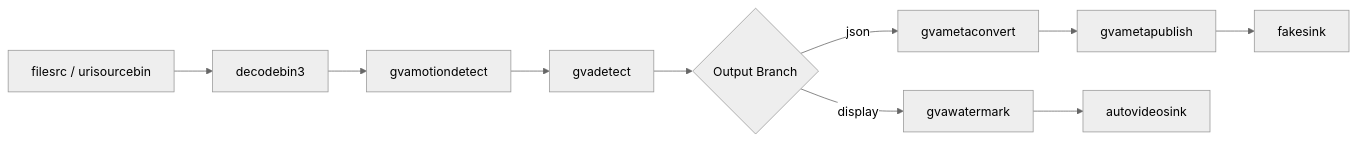
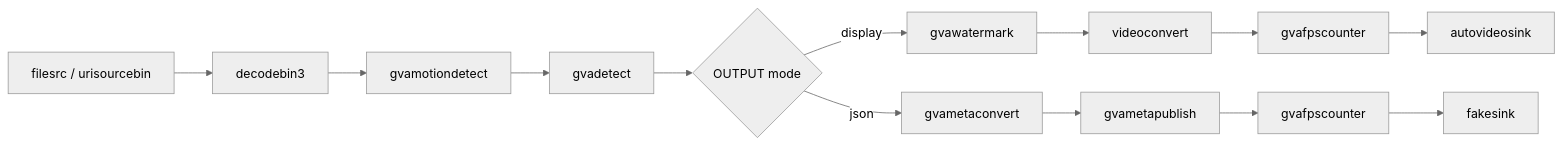
Before and after one commit to open-edge-platform/dlstreamer: the diagram in samples/windows/gstreamer/gst_launch/motion_detect/README.md, drawn with Mermaid (neutral theme).

````diff
--- a/samples/windows/gstreamer/gst_launch/motion_detect/README.md
+++ b/samples/windows/gstreamer/gst_launch/motion_detect/README.md
@@ -21,14 +21,17 @@
 ```mermaid
 graph LR
     A[filesrc / urisourcebin] --> B[decodebin3]
     B --> C[gvamotiondetect]
     C --> D[gvadetect]
-    D --> E{Output Branch}
+    D --> E{OUTPUT mode}
 
-    E -->|json| F[gvametaconvert]
-    F --> G[gvametapublish]
-    G --> H[fakesink]
+    E -->|display| F[gvawatermark]
+    F --> G[videoconvert]
+    G --> H[gvafpscounter]
+    H --> I[autovideosink]
 
-    E -->|display| I[gvawatermark]
-    I --> J[autovideosink]
+    E -->|json| J[gvametaconvert]
+    J --> K[gvametapublish]
+    K --> L[gvafpscounter]
+    L --> M[fakesink]
 ```
````
